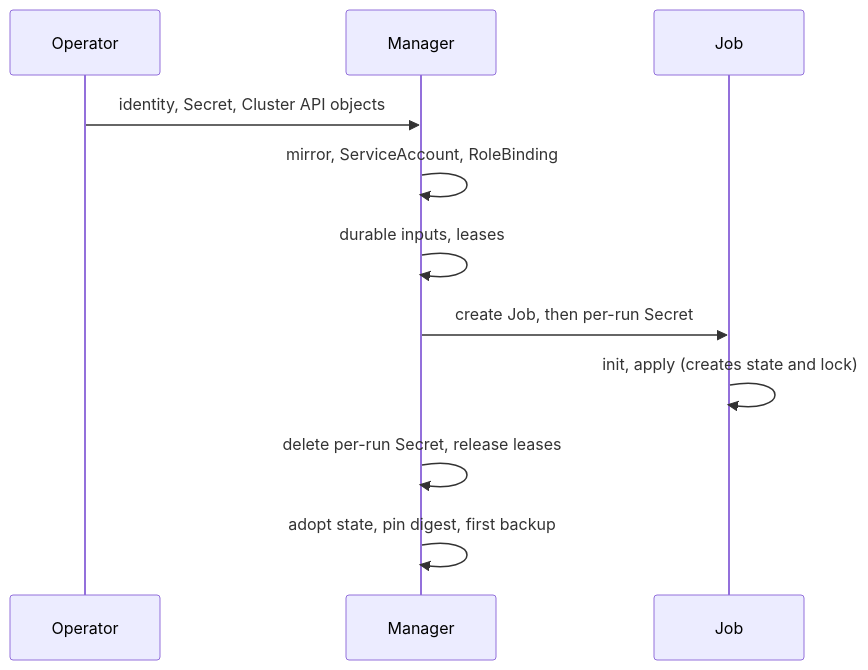
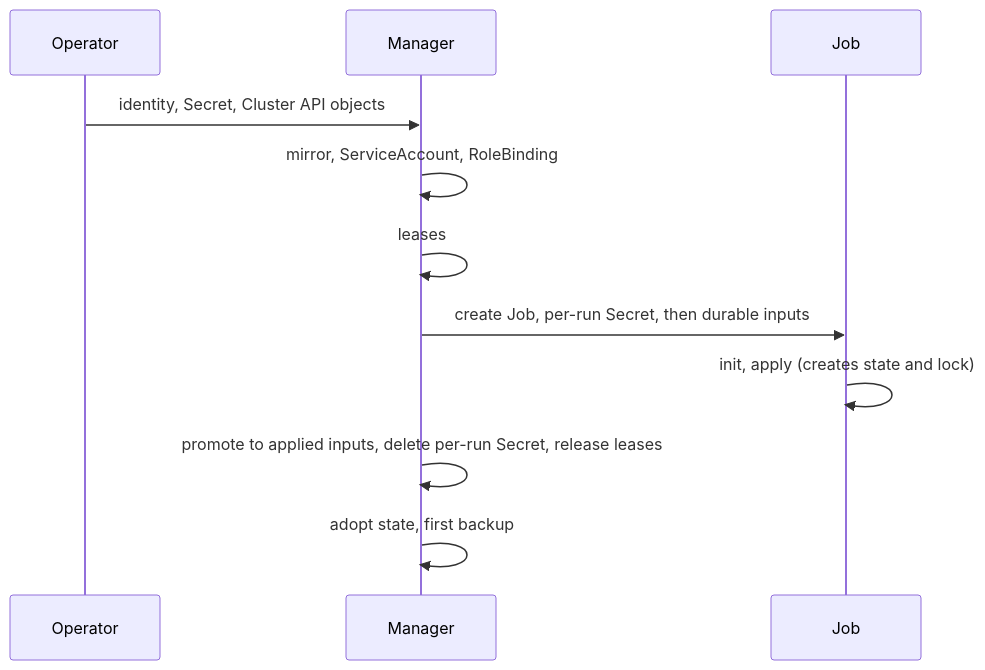
One commit to captf-io/captf-io.github.io changed the diagram in docs/docs/concepts/secret-management/lifecycle.md. Above: the diagram before and after it, drawn with Mermaid. The commit also changed other lines of this file and 23 other files, not shown here.

First line of the commit message:
docs: describe attempt and applied inputs

````diff
--- a/docs/docs/concepts/secret-management/lifecycle.md
+++ b/docs/docs/concepts/secret-management/lifecycle.md
@@ -43,13 +44,13 @@
 ```mermaid
 sequenceDiagram
     participant Op as Operator
     participant M as Manager
     participant J as Job
     Op->>M: identity, Secret, Cluster API objects
     M->>M: mirror, ServiceAccount, RoleBinding
-    M->>M: durable inputs, leases
-    M->>J: create Job, then per-run Secret
+    M->>M: leases
+    M->>J: create Job, per-run Secret, then durable inputs
     J->>J: init, apply (creates state and lock)
-    M->>M: delete per-run Secret, release leases
-    M->>M: adopt state, pin digest, first backup
+    M->>M: promote to applied inputs, delete per-run Secret, release leases
+    M->>M: adopt state, first backup
 ```
````
